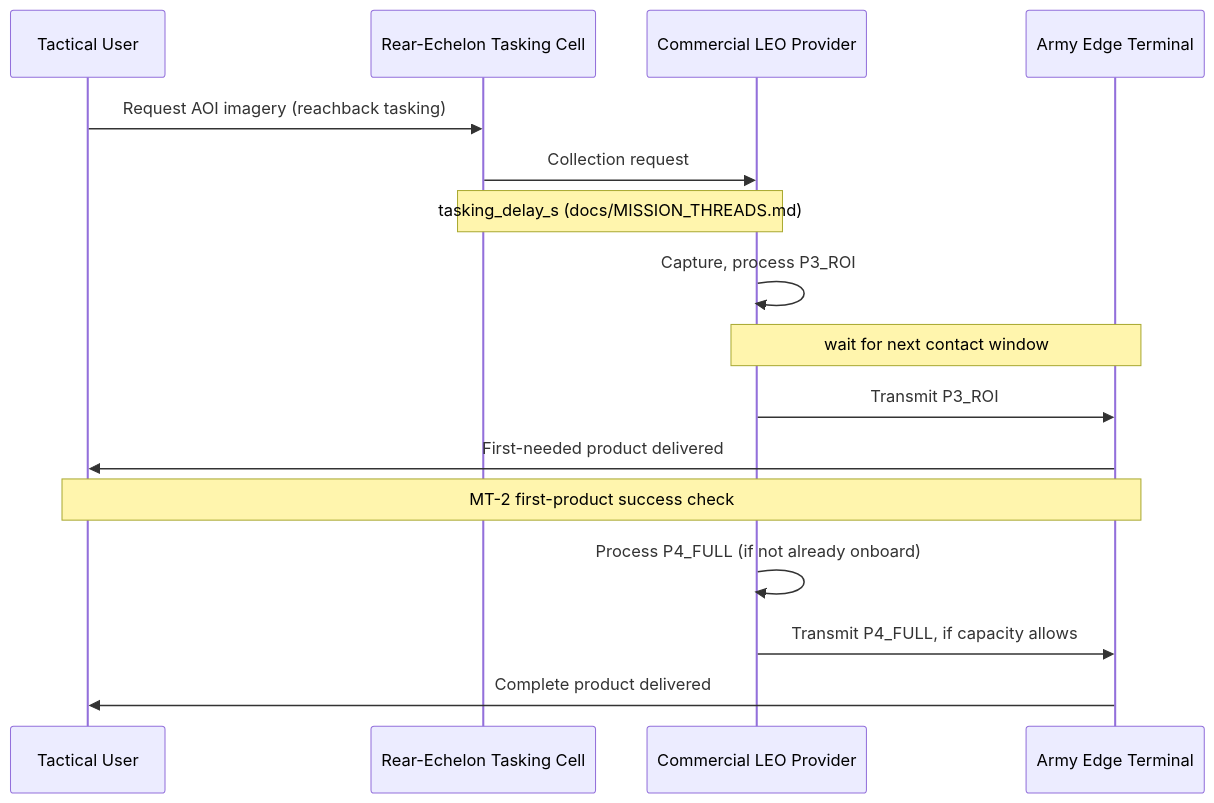
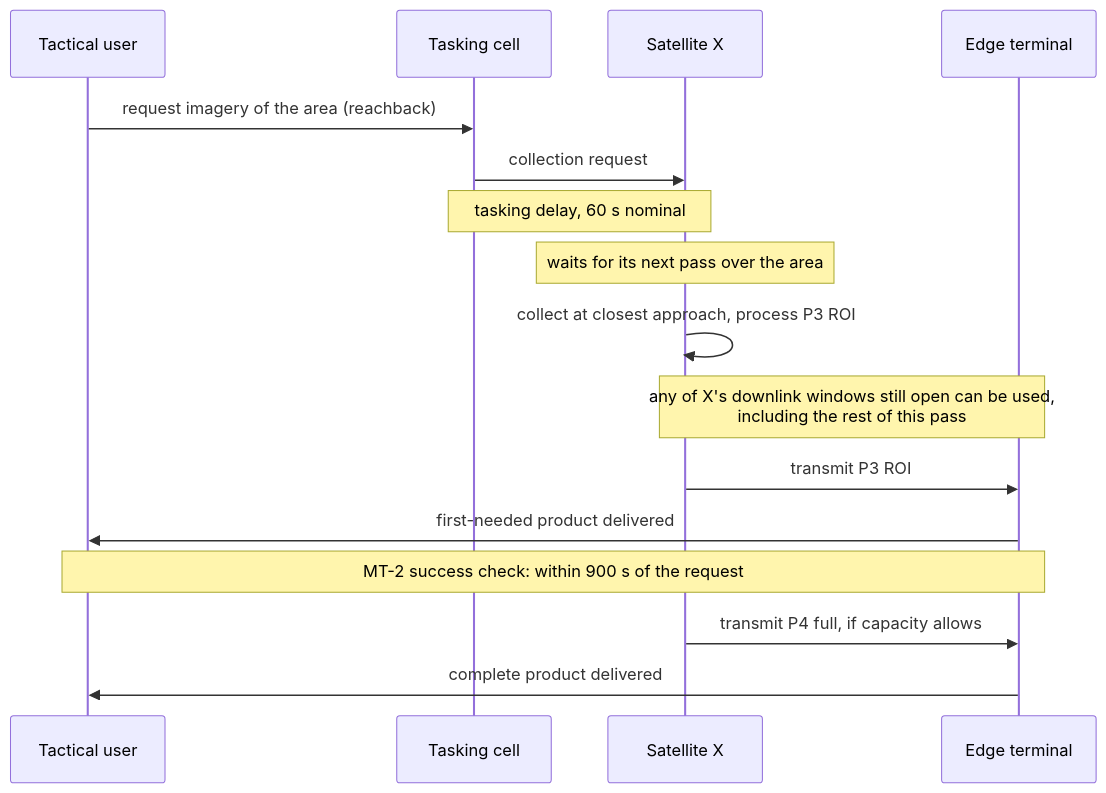
One commit to noahstephenson/leo-edge-architecture changed the second of 6 diagrams in docs/ARCHITECTURE_VIEWS.md. Above: the diagram before and after it, drawn with Mermaid. The commit also changed other lines of this file and 8 other files, not shown here.

First line of the commit message:
Add Mermaid diagrams to the architecture docs and rebuild the weak ones

````diff
--- a/docs/ARCHITECTURE_VIEWS.md
+++ b/docs/ARCHITECTURE_VIEWS.md
@@ -64,19 +64,19 @@
 ```mermaid
 sequenceDiagram
-    participant User as Tactical User
-    participant Rear as Rear-Echelon Tasking Cell
-    participant Provider as Commercial LEO Provider
-    participant Terminal as Army Edge Terminal
+    participant User as Tactical user
+    participant Rear as Tasking cell
+    participant Sat as Satellite X
+    participant Term as Edge terminal
 
-    User->>Rear: Request AOI imagery (reachback tasking)
-    Rear->>Provider: Collection request
-    Note over Rear,Provider: tasking_delay_s (docs/MISSION_THREADS.md)
-    Provider->>Provider: Capture, process P3_ROI
-    Note over Provider,Terminal: wait for next contact window
-    Provider->>Terminal: Transmit P3_ROI
-    Terminal->>User: First-needed product delivered
-    Note over User,Terminal: MT-2 first-product success check
-    Provider->>Provider: Process P4_FULL (if not already onboard)
-    Provider->>Terminal: Transmit P4_FULL, if capacity allows
-    Terminal->>User: Complete product delivered
+    User->>Rear: request imagery of the area (reachback)
+    Rear->>Sat: collection request
+    Note over Rear,Sat: tasking delay, 60 s nominal
+    Note over Sat: waits for its next pass over the area
+    Sat->>Sat: collect at closest approach, process P3 ROI
+    Note over Sat,Term: any of X's downlink windows still open can be used,<br/>including the rest of this pass
+    Sat->>Term: transmit P3 ROI
+    Term->>User: first-needed product delivered
+    Note over User,Term: MT-2 success check: within 900 s of the request
+    Sat->>Term: transmit P4 full, if capacity allows
+    Term->>User: complete product delivered
 ```
````
